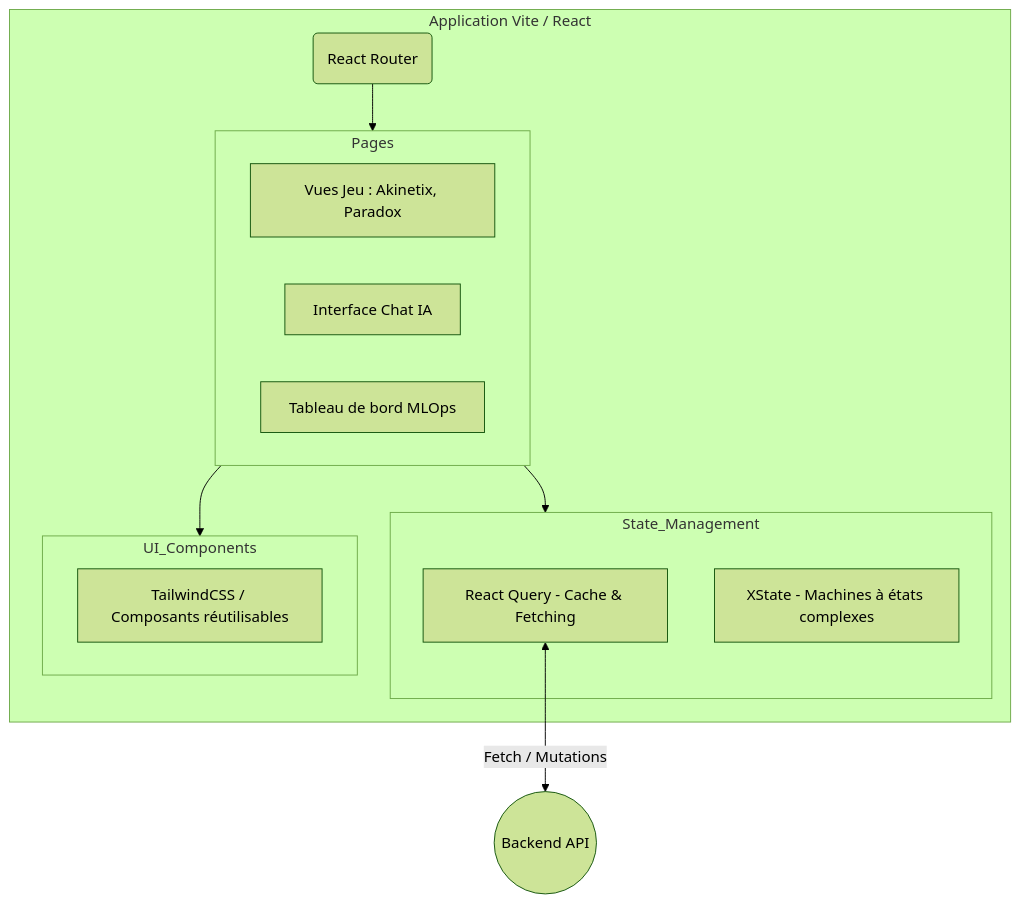
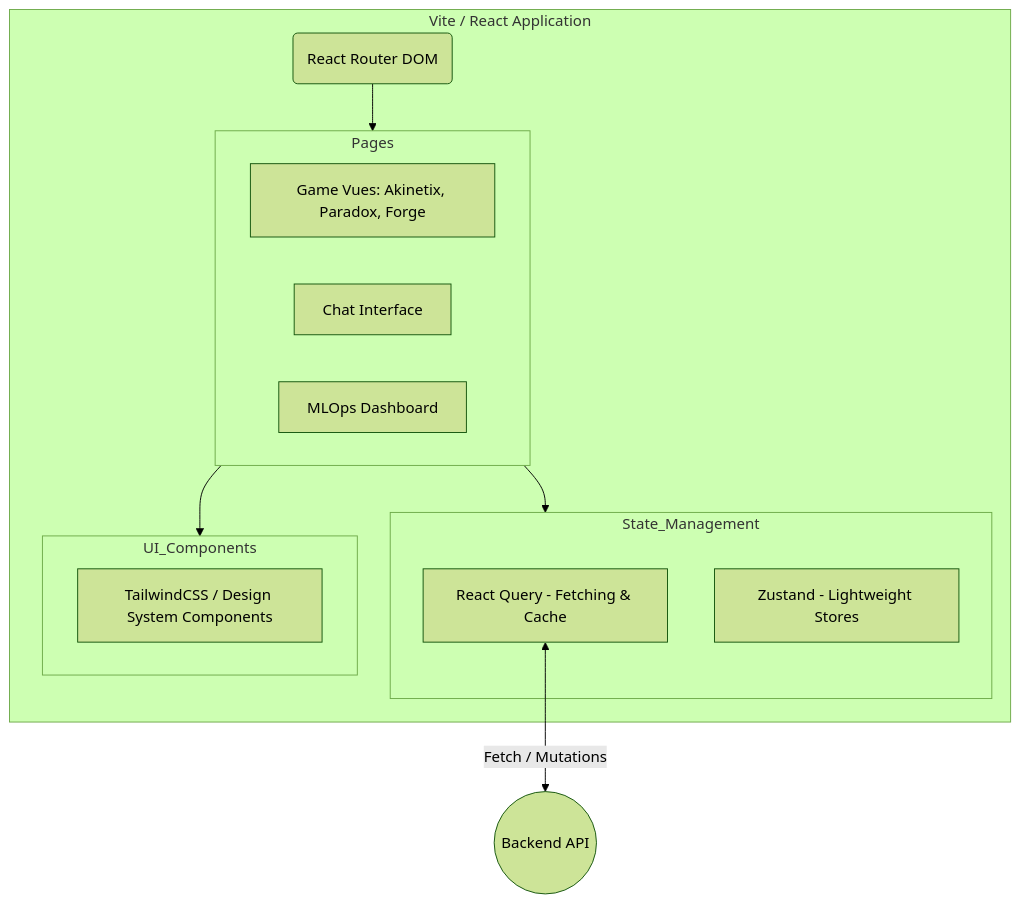
One commit to MissawB/Animetix changed the fifth of 5 diagrams in docs/DIAGRAMMES.md. Above: the diagram before and after it, drawn with Mermaid (forest theme). The commit also changed other lines of this file and 29 other files, not shown here.

````diff
--- a/docs/DIAGRAMMES.md
+++ b/docs/DIAGRAMMES.md
@@ -169,27 +167,27 @@
 ```mermaid
 graph TD
-    subgraph Frontend_App [Application Vite / React]
-        Router(React Router)
+    subgraph Frontend_App [Vite / React Application]
+        Router(React Router DOM)
         
         subgraph Pages
-            Game[Vues Jeu : Akinetix, Paradox]
-            Chat[Interface Chat IA]
-            Dash[Tableau de bord MLOps]
+            Game[Game Vues: Akinetix, Paradox, Forge]
+            Chat[Chat Interface]
+            Dash[MLOps Dashboard]
         end
         
         subgraph State_Management
-            RQ[React Query - Cache & Fetching]
-            XState[XState - Machines à états complexes]
+            RQ[React Query - Fetching & Cache]
+            Zustand[Zustand - Lightweight Stores]
         end
         
         subgraph UI_Components
-            Tailwind[TailwindCSS / Composants réutilisables]
+            Tailwind[TailwindCSS / Design System Components]
         end
     end
 
     Router --> Pages
     Pages --> State_Management
     Pages --> UI_Components
     
     RQ <-->|Fetch / Mutations| ExternalAPI((Backend API))
 ```
````
